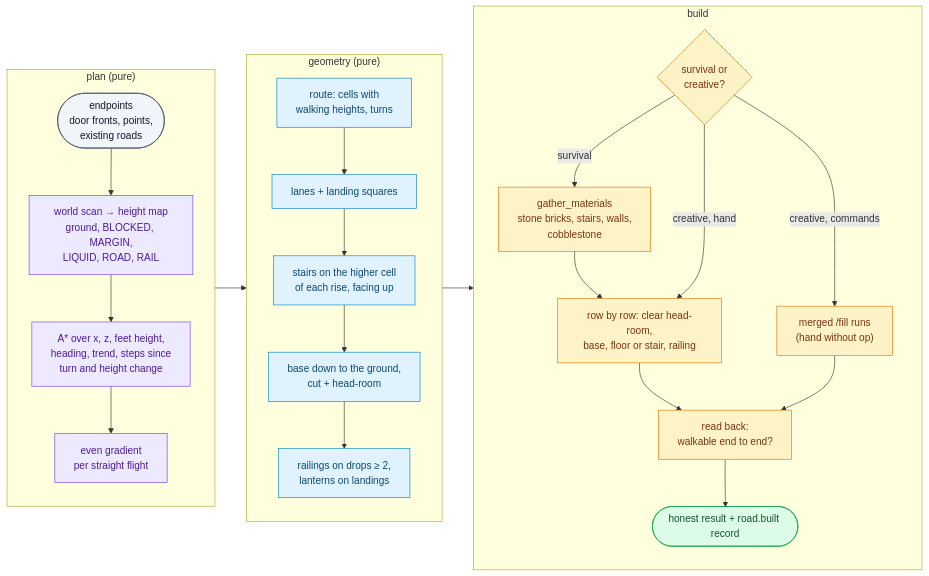
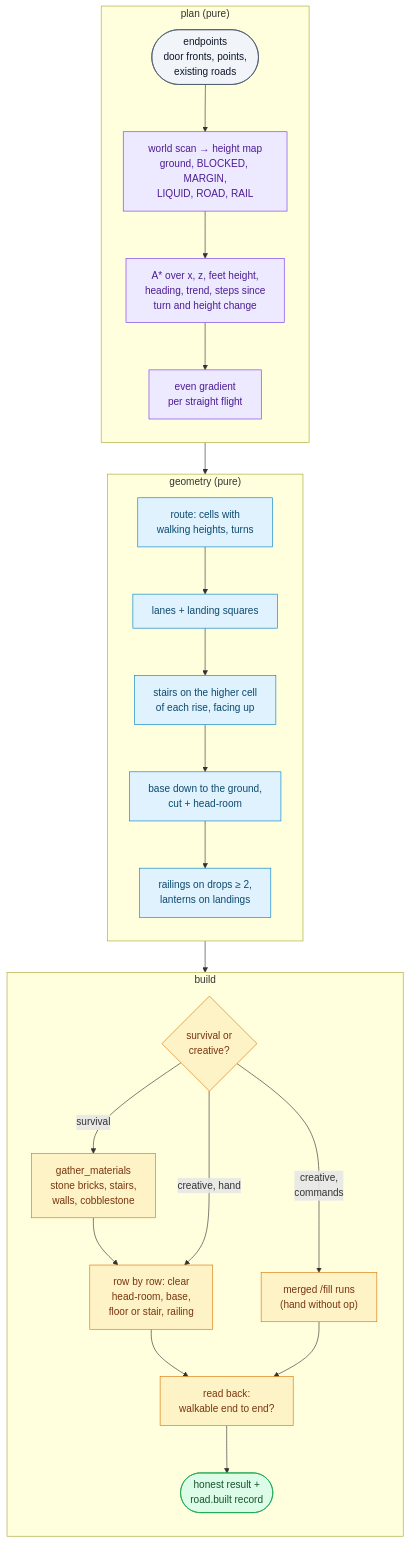
The diagram in docs/guide/roads.md (thereisnotime/golemkit), drawn with Mermaid before and after one commit. The commit also changed 20 other files, not shown here.

First line of the commit message:
Docs: replace the last ASCII diagrams with mermaid, make wide charts top-down to fit the column

````diff
--- a/docs/guide/roads.md
+++ b/docs/guide/roads.md
@@ -37,37 +37,37 @@
 ```mermaid
-flowchart LR
+flowchart TD
   subgraph PLAN["plan (pure)"]
     direction TB
     E(["endpoints<br/>door fronts, points,<br/>existing roads"]) --> S["world scan → height map<br/>ground, BLOCKED, MARGIN,<br/>LIQUID, ROAD, RAIL"]
     S --> A["A* over x, z, feet height,<br/>heading, trend, steps since<br/>turn and height change"]
     A --> G["even gradient<br/>per straight flight"]
   end
   subgraph GEO["geometry (pure)"]
     direction TB
     R["route: cells with<br/>walking heights, turns"] --> L["lanes + landing squares"]
     L --> T["stairs on the higher cell<br/>of each rise, facing up"]
     T --> B["base down to the ground,<br/>cut + head-room"]
     B --> W["railings on drops ≥ 2,<br/>lanterns on landings"]
   end
   subgraph BUILD["build"]
     direction TB
-    M{"survival or<br/>creative?"} -- survival --> GA["gather_materials<br/>stone bricks, stairs, walls,<br/>cobblestone"] --> H["row by row: clear head-room,<br/>base, floor or stair, railing"]
+    M{"survival or<br/>creative?"} -- survival --> GA["gather_materials<br/>stone bricks, stairs,<br/>walls, cobblestone"] --> H["row by row: clear<br/>head-room, base,<br/>floor or stair, railing"]
     M -- "creative, hand" --> H
-    M -- "creative, commands" --> C["merged /fill runs<br/>(hand without op)"]
+    M -- "creative,<br/>commands" --> C["merged /fill runs<br/>(hand without op)"]
     H --> V["read back:<br/>walkable end to end?"]
     C --> V
-    V --> RES(["honest result + road.built record"])
+    V --> RES(["honest result +<br/>road.built record"])
   end
   G --> R
   W --> M
   classDef in fill:#f1f5f9,stroke:#475569,color:#0f172a
   classDef plan fill:#ede9fe,stroke:#7c3aed,color:#4c1d95
   classDef geo fill:#e0f2fe,stroke:#0284c7,color:#0c4a6e
   classDef act fill:#fef3c7,stroke:#d97706,color:#78350f
   classDef done fill:#dcfce7,stroke:#16a34a,color:#14532d
   class E in
   class S,A,G plan
   class R,L,T,B,W geo
   class M,GA,H,C,V act
   class RES done
 ```
````
